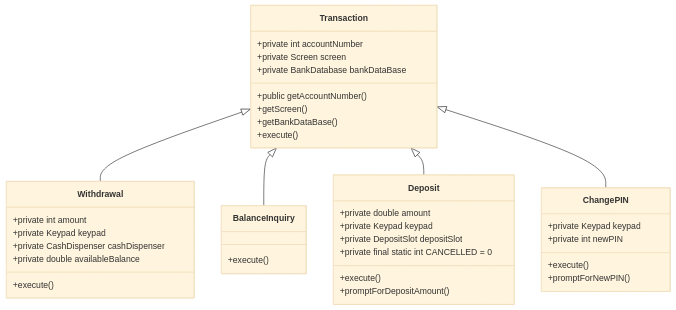
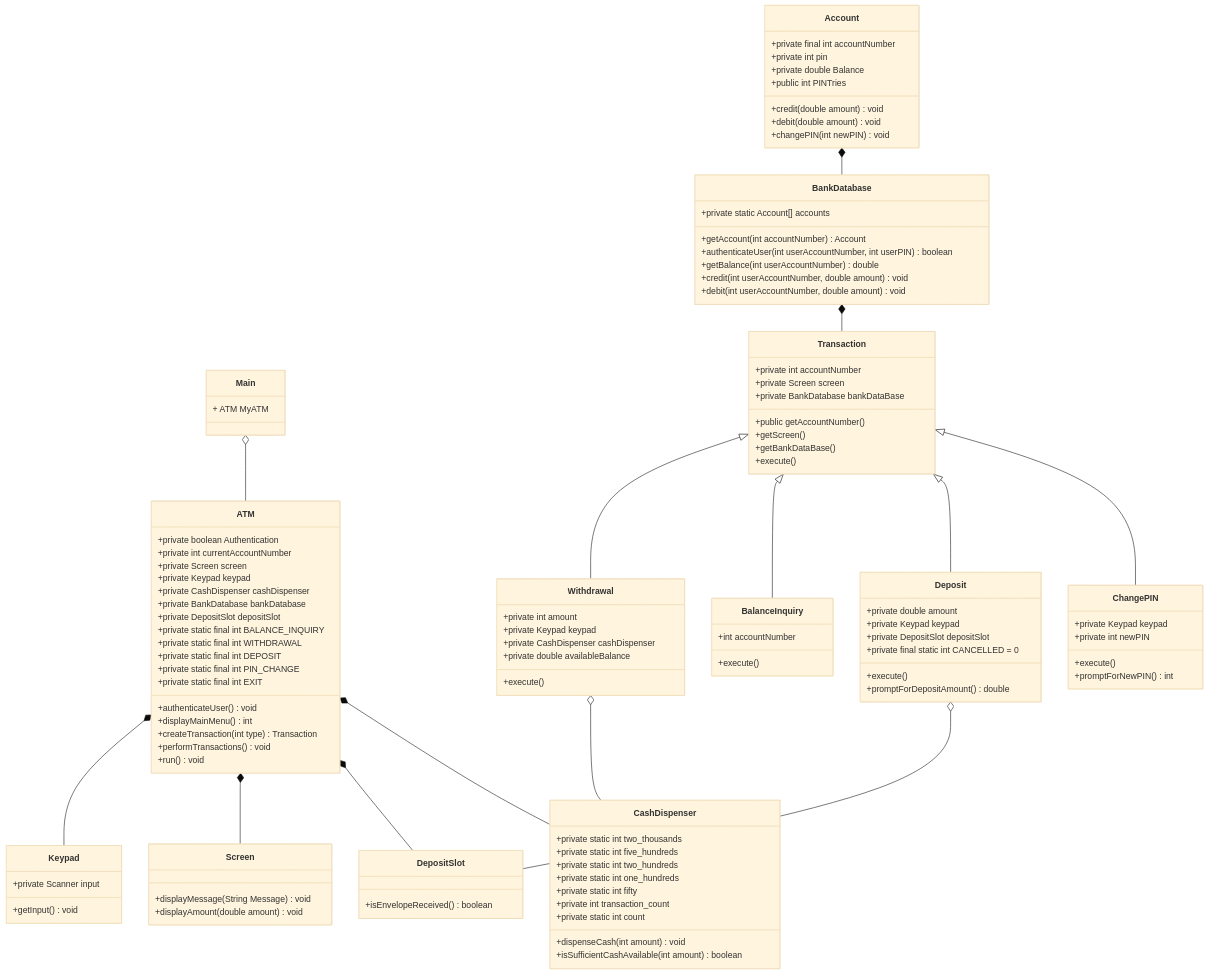
The diagram in README.md (octochet/ATM), drawn with Mermaid (base theme) before and after one commit. The commit also changed other lines of this file, not shown here.

````diff
--- a/README.md
+++ b/README.md
@@ -67,5 +160,14 @@
 ```mermaid
 classDiagram
+      Main o-- ATM
+      ATM *-- Keypad
+      ATM *-- Screen
+      ATM *-- DepositSlot
+      ATM *-- CashDispenser
+      Withdrawal o-- CashDispenser
+      Deposit o-- DepositSlot
+      Account *-- BankDatabase
+      BankDatabase *-- Transaction
       Transaction <|-- Withdrawal
       Transaction <|-- BalanceInquiry
       Transaction <|-- Deposit
@@ -77,6 +179,7 @@
       Transaction: +getScreen()
       Transaction: +getBankDataBase()
       Transaction: +execute()
+      Main: + ATM MyATM
       class Withdrawal{
           +private int amount
           +private Keypad keypad
@@ -85,13 +188,14 @@
           +execute()
       }
       class BalanceInquiry{
+          +int accountNumber
           +execute()
       }
       class ChangePIN{
           +private Keypad keypad
           +private int newPIN
           +execute()
-          +promptForNewPIN()
+          +promptForNewPIN() int
       }
       class Deposit{
           +private double amount
@@ -99,6 +203,64 @@
           +private DepositSlot depositSlot
           +private final static int CANCELLED = 0
           +execute()
-          +promptForDepositAmount()
+          +promptForDepositAmount() double
+      }
+      class Account {
+          +private final int accountNumber
+          +private int pin
+          +private double Balance
+          +public int PINTries
+          +credit(double amount) void
+          +debit(double amount) void
+          +changePIN(int newPIN) void
+      }
+      class BankDatabase {
+          +private static Account[] accounts
+          +getAccount(int accountNumber) Account
+          +authenticateUser(int userAccountNumber, int userPIN) boolean
+          +getBalance(int userAccountNumber) double
+          +credit(int userAccountNumber, double amount) void
+          +debit(int userAccountNumber, double amount) void
+      }
+      class CashDispenser {
+          +private static int two_thousands
+          +private static int five_hundreds
+          +private static int two_hundreds
+          +private static int one_hundreds
+          +private static int fifty
+          +private int transaction_count
+          +private static int count
+          +dispenseCash(int amount) void
+          +isSufficientCashAvailable(int amount) boolean
+      }
+      class DepositSlot {
+          +isEnvelopeReceived() boolean
+      }
+      class Keypad {
+          +private Scanner input
+          +getInput() void
+      }
+      class Screen {
+          +displayMessage(String Message) void
+          +displayAmount(double amount) void
+      }
+      class ATM {
+          +private boolean Authentication
+          +private int currentAccountNumber
+          +private Screen screen
+          +private Keypad keypad
+          +private CashDispenser cashDispenser
+          +private BankDatabase bankDatabase
+          +private DepositSlot depositSlot
+          +private static final int BALANCE_INQUIRY
+          +private static final int WITHDRAWAL
+          +private static final int DEPOSIT
+          +private static final int PIN_CHANGE
+          +private static final int EXIT
+          +authenticateUser() void
+          +displayMainMenu() int 
+          +createTransaction(int type) Transaction
+          +performTransactions() void
+          +run() void          
       }
 ```
````
